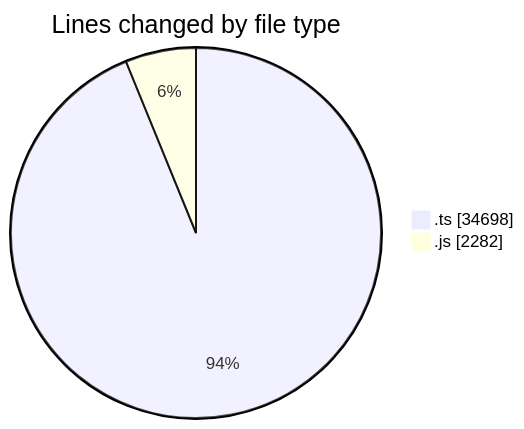
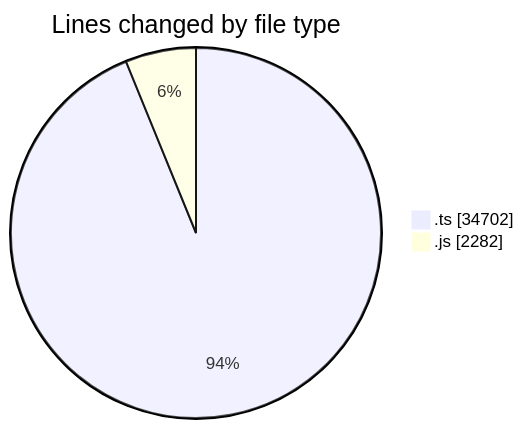
Before and after one commit to momahboobian/code-tracking: the first of 2 diagrams in 2025-06-26/cda/README.md, drawn with Mermaid. The commit also changed other lines of this file and 1 other file, not shown here.

````diff
--- a/2025-06-26/cda/README.md
+++ b/2025-06-26/cda/README.md
@@ -36,6 +36,6 @@
 ```mermaid
 pie showData
 title Lines changed by file type
-".ts" : 34698
+".ts" : 34702
 ".js" : 2282
 ```
````
